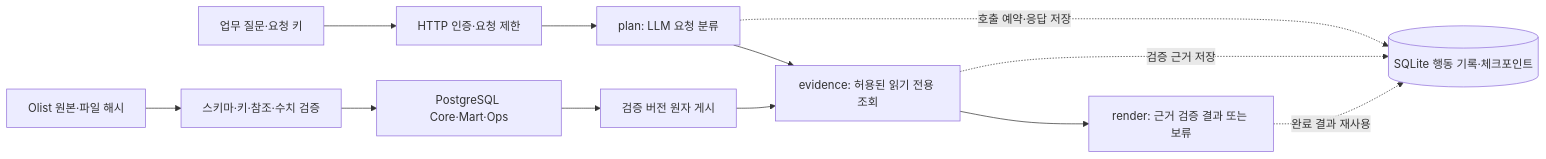
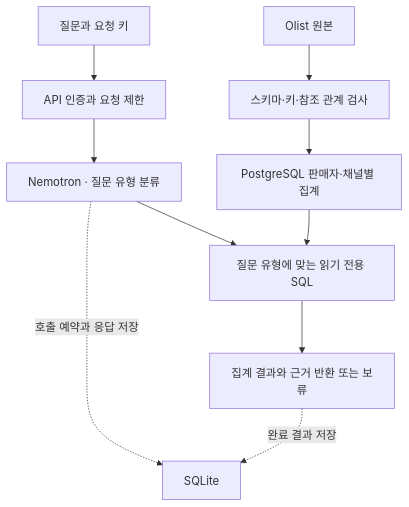
Before and after one commit to masondev1024/agentic-marketing-data-pipeline: the diagram in README.md, drawn with Mermaid. The commit also changed other lines of this file and 1 other file, not shown here.

Commit message:
docs: explain Olist counts and recovery in the project README (#5)

````diff
--- a/README.md
+++ b/README.md
@@ -72,14 +31,12 @@
 ```mermaid
-flowchart LR
-    A[Olist 원본·파일 해시] --> B[스키마·키·참조·수치 검증]
-    B --> C[PostgreSQL Core·Mart·Ops]
-    C --> D[검증 버전 원자 게시]
-    Q[업무 질문·요청 키] --> H[HTTP 인증·요청 제한]
-    H --> P[plan: LLM 요청 분류]
-    P --> T[evidence: 허용된 읽기 전용 조회]
-    D --> T
-    T --> R[render: 근거 검증 결과 또는 보류]
-    P -. 호출 예약·응답 저장 .-> S[(SQLite 행동 기록·체크포인트)]
-    T -. 검증 근거 저장 .-> S
-    R -. 완료 결과 재사용 .-> S
+flowchart TD
+    Source["Olist 원본"] --> Check["스키마·키·참조 관계 검사"]
+    Check --> Mart["PostgreSQL 판매자·채널별 집계"]
+    User["질문과 요청 키"] --> API["API 인증과 요청 제한"]
+    API --> Plan["Nemotron · 질문 유형 분류"]
+    Plan --> Query["질문 유형에 맞는 읽기 전용 SQL"]
+    Mart --> Query
+    Query --> Answer["집계 결과와 근거 반환 또는 보류"]
+    Plan -. 호출 예약과 응답 저장 .-> Ledger["SQLite"]
+    Answer -. 완료 결과 저장 .-> Ledger
 ```
````
